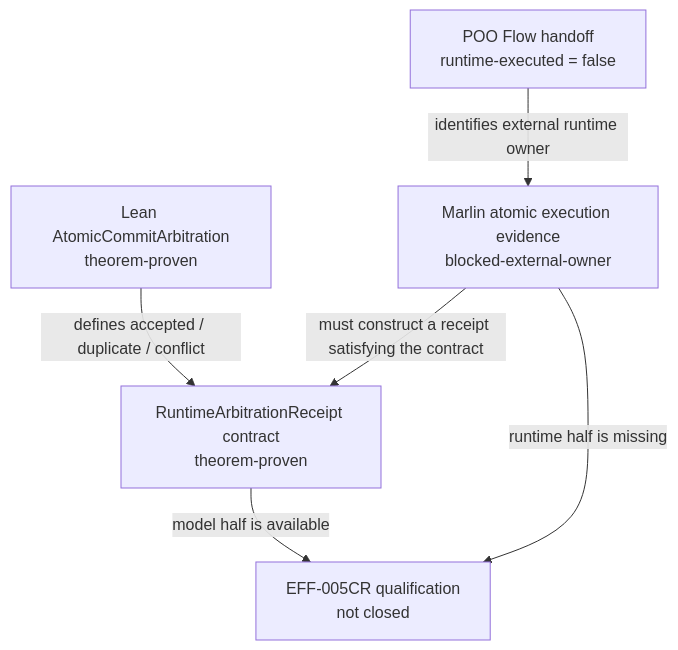
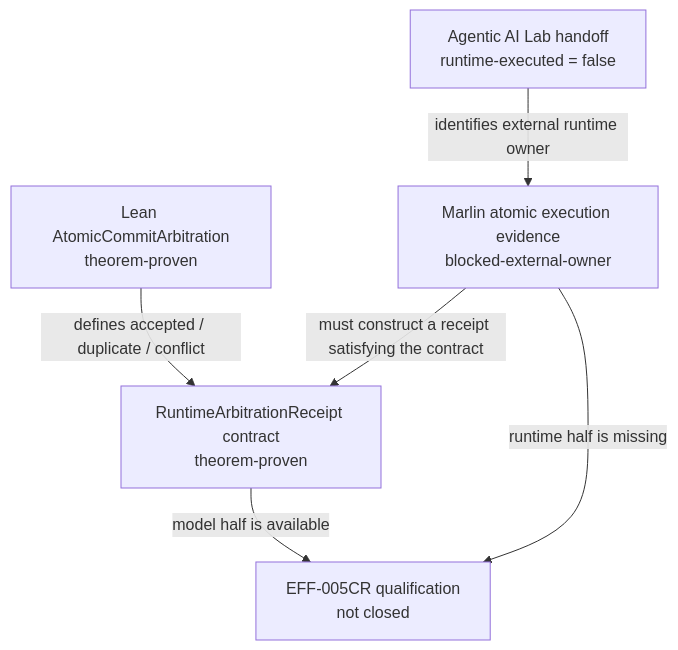
One commit to tao3k/gebril-yuanxu changed the first of 6 diagrams in module-system/design/45-11-rfc-formal-model-and-lean-proofs.org. Above: the diagram before and after it, drawn with Mermaid. The commit also changed other lines of this file and 507 other files, not shown here.

```diff
--- a/module-system/design/45-11-rfc-formal-model-and-lean-proofs.org
+++ b/module-system/design/45-11-rfc-formal-model-and-lean-proofs.org
@@ -92,14 +92,14 @@
 #+begin_src mermaid
 flowchart TD
   M["Lean AtomicCommitArbitration<br/>theorem-proven"]
   C["RuntimeArbitrationReceipt contract<br/>theorem-proven"]
-  H["POO Flow handoff<br/>runtime-executed = false"]
+  H["Agentic AI Lab handoff<br/>runtime-executed = false"]
   X["Marlin atomic execution evidence<br/>blocked-external-owner"]
   Q["EFF-005CR qualification<br/>not closed"]
 
   M -->|"defines accepted / duplicate / conflict"| C
   H -->|"identifies external runtime owner"| X
   X -->|"must construct a receipt satisfying the contract"| C
   C -->|"model half is available"| Q
   X -->|"runtime half is missing"| Q
 #+end_src
```
